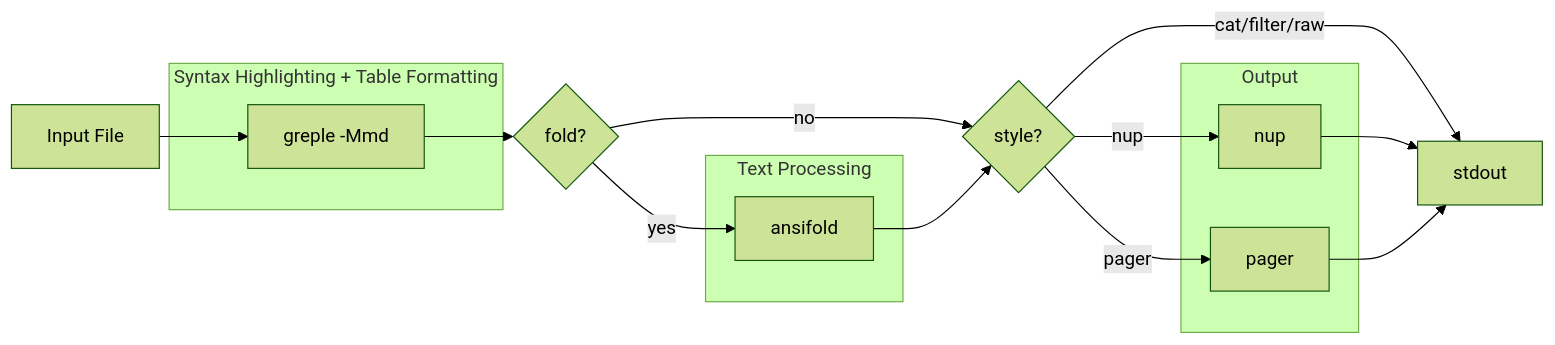
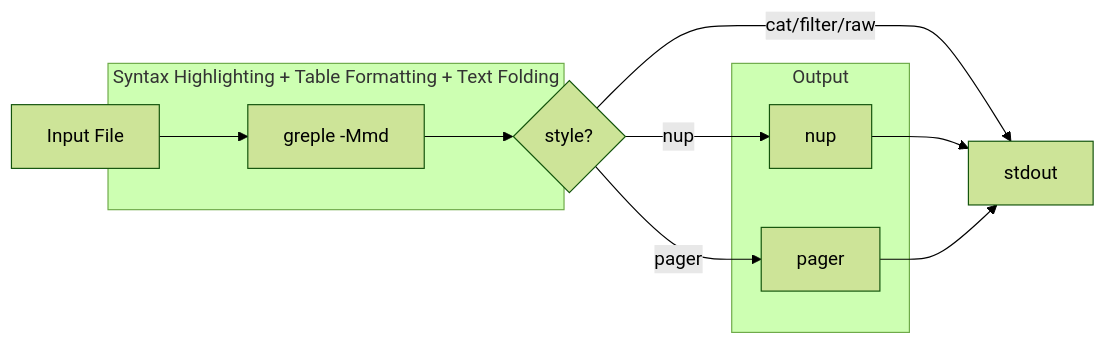
Before and after one commit to MaxMood96/metacpan-cpan-extracted: the diagram in distros/A/App-mdee/CLAUDE.md, drawn with Mermaid (forest theme). The commit also changed other lines of this file and 1995 other files, not shown here.

````diff
--- a/distros/A/App-mdee/CLAUDE.md
+++ b/distros/A/App-mdee/CLAUDE.md
@@ -166,24 +160,18 @@
 ```mermaid
 flowchart LR
     A[Input File] --> B[greple -Mmd]
-    B --> C{fold?}
-    C -->|yes| D[ansifold]
-    C -->|no| G{style?}
-    D --> G
+    B --> G{style?}
     G -->|nup| H[nup]
     G -->|pager| J[pager]
     G -->|cat/filter/raw| I[stdout]
     H --> I
     J --> I
 
-    subgraph "Syntax Highlighting + Table Formatting"
+    subgraph "Syntax Highlighting + Table Formatting + Text Folding"
         B
-    end
-    subgraph "Text Processing"
-        D
     end
     subgraph "Output"
         H
         J
     end
 ```
````
